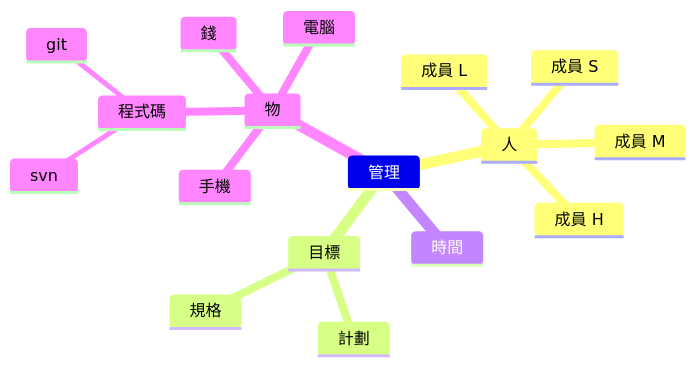
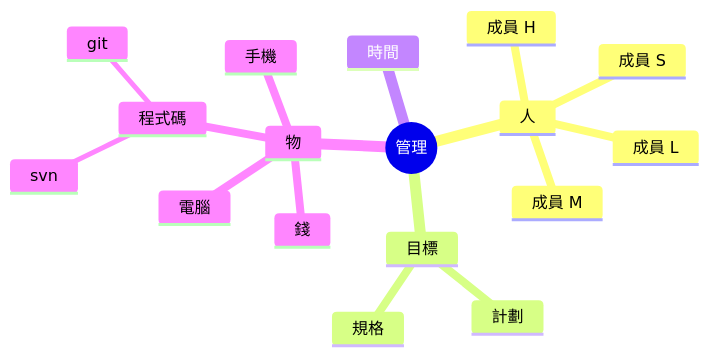
The first of 3 diagrams in helper_DevelopmentandManage.md (lankahsu520/HelperX), drawn with Mermaid before and after one commit. The commit also changed other lines of this file and 6 other files, not shown here.

Commit message:
add mindmap root(())

````diff
--- a/helper_DevelopmentandManage.md
+++ b/helper_DevelopmentandManage.md
@@ -201,20 +201,20 @@
 ```mermaid
 mindmap
-	管理
+	root((管理))
 		人
 			成員 L
 			成員 M
 			成員 S
 			成員 H
 		目標
 			計劃
 			規格
 		時間
 		物
 			錢
 			電腦
 			手機
 			程式碼
 				svn
 				git
 ```
````
